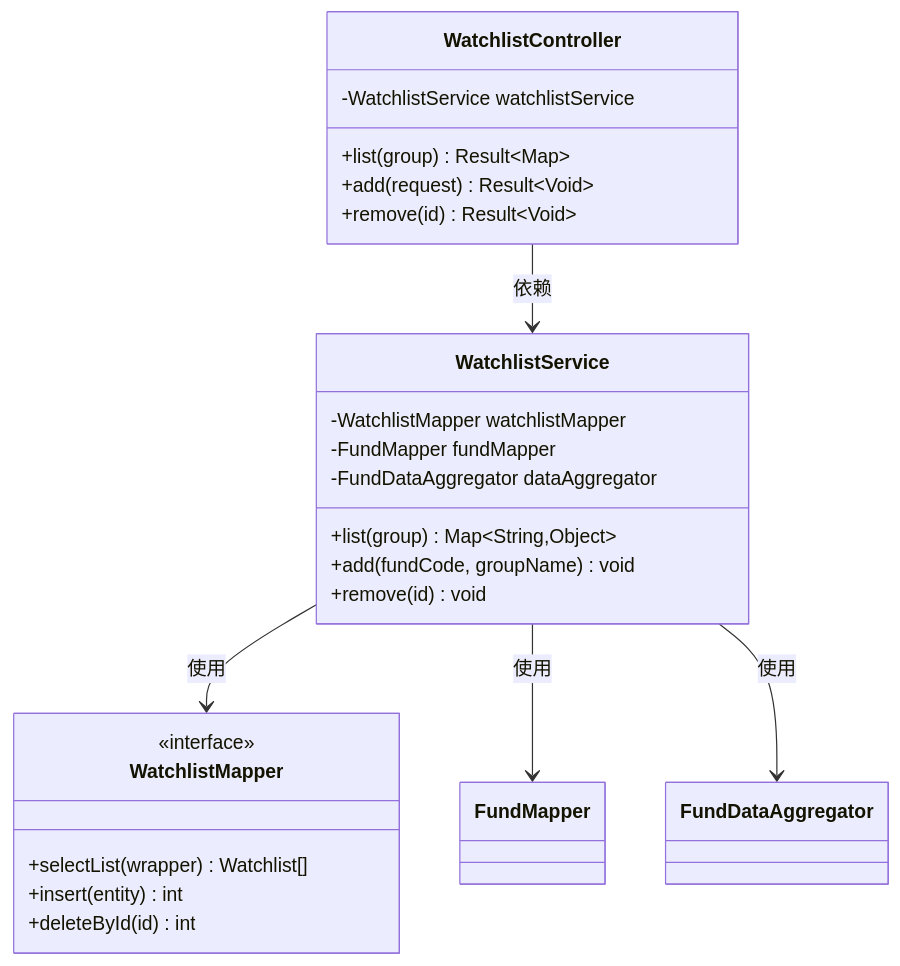
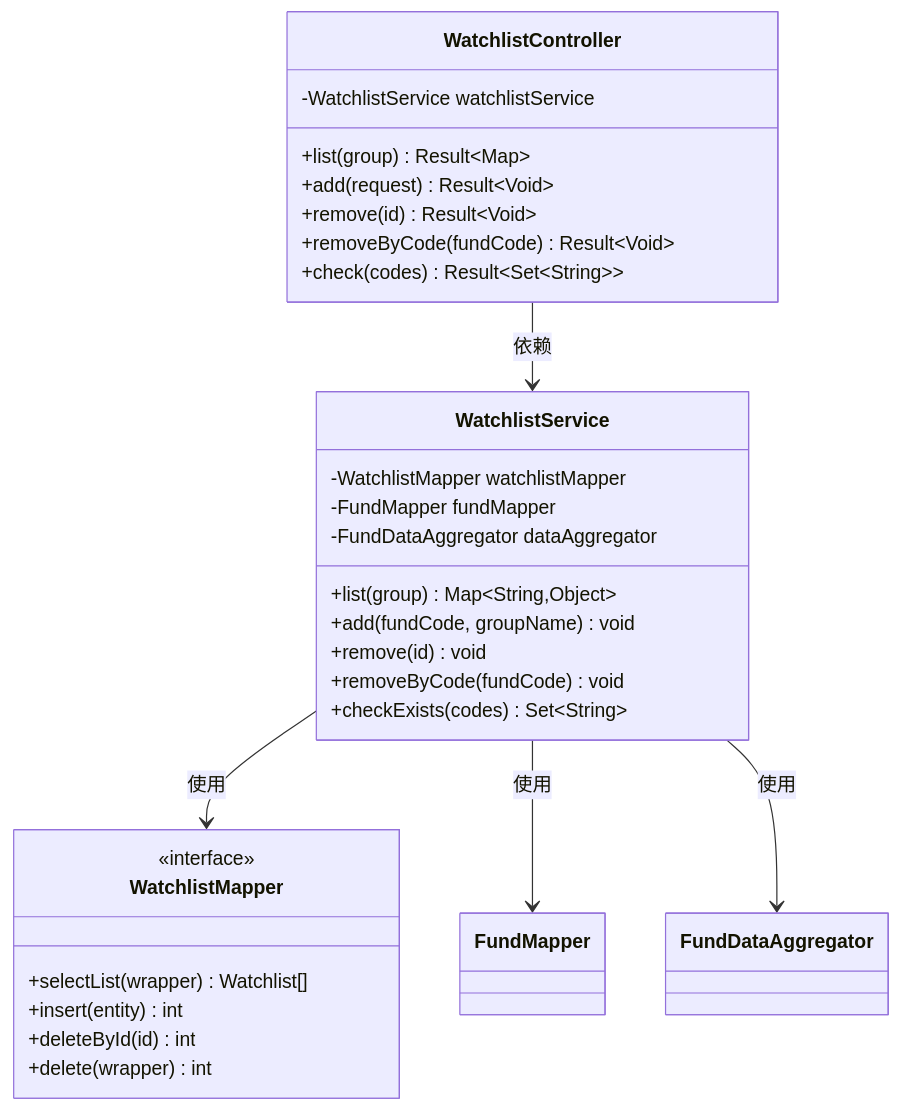
Before and after one commit to gree-coder/fund-butler: the second of 12 diagrams in .qoder/repowiki/zh/content/Watchlist Enhancement.md, drawn with Mermaid. The commit also changed other lines of this file and 15 other files, not shown here.

````diff
--- a/.qoder/repowiki/zh/content/Watchlist Enhancement.md
+++ b/.qoder/repowiki/zh/content/Watchlist Enhancement.md
@@ -128,27 +130,32 @@
 ```mermaid
 classDiagram
 class WatchlistController {
 -WatchlistService watchlistService
 +list(group) Result~Map~
 +add(request) Result~Void~
 +remove(id) Result~Void~
++removeByCode(fundCode) Result~Void~
++check(codes) Result~Set~String~~
 }
 class WatchlistService {
 -WatchlistMapper watchlistMapper
 -FundMapper fundMapper
 -FundDataAggregator dataAggregator
 +list(group) Map~String,Object~
 +add(fundCode, groupName) void
 +remove(id) void
++removeByCode(fundCode) void
++checkExists(codes) Set~String~
 }
 class WatchlistMapper {
 <<interface>>
 +selectList(wrapper) Watchlist[]
 +insert(entity) int
 +deleteById(id) int
++delete(wrapper) int
 }
 WatchlistController --> WatchlistService : 依赖
 WatchlistService --> WatchlistMapper : 使用
 WatchlistService --> FundMapper : 使用
 WatchlistService --> FundDataAggregator : 使用
 ```
````
